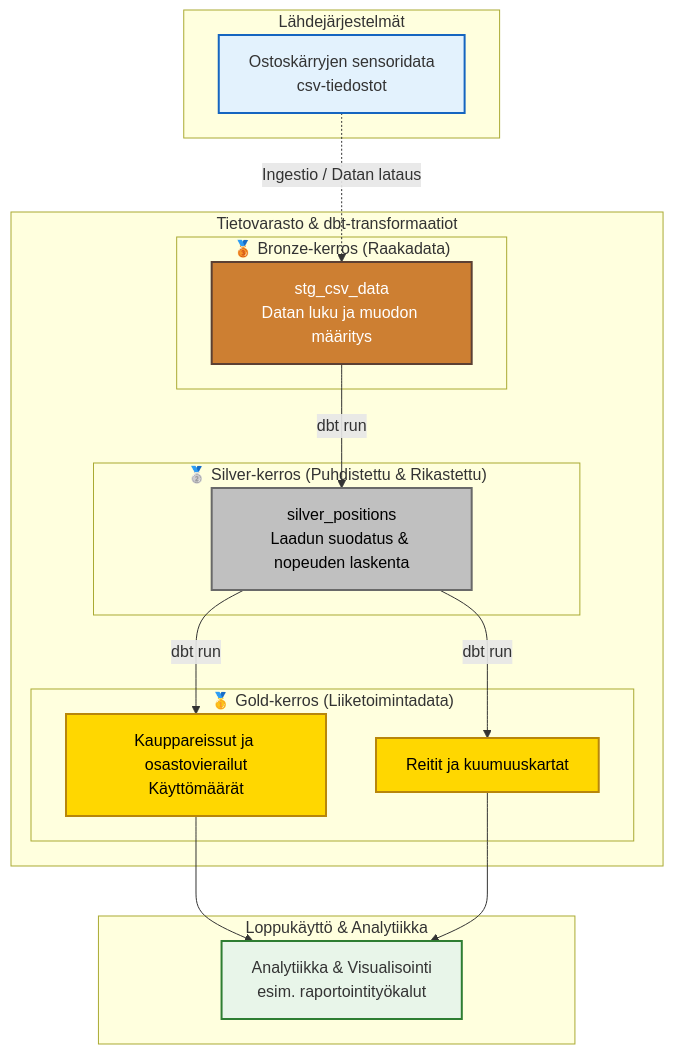
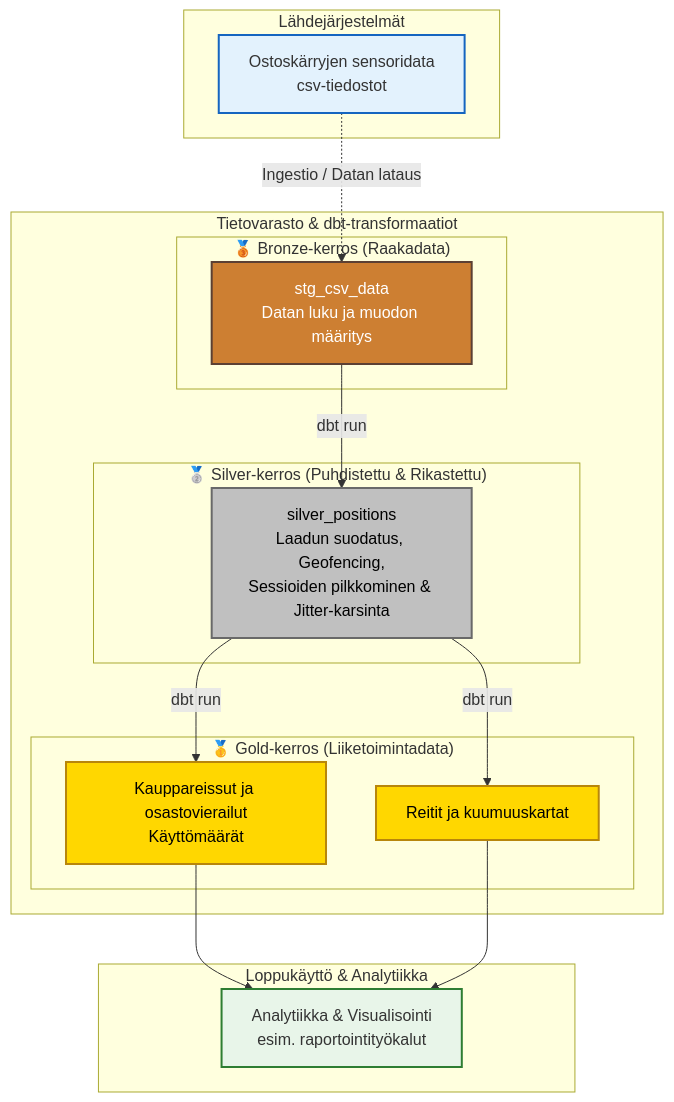
The diagram in docs/arkkitehtuuri_kaavio.md (mitro54/uwb-shopping-cart-analytics-pipeline), drawn with Mermaid before and after one commit. The commit also changed other lines of this file and 5 other files, not shown here.

````diff
--- a/docs/arkkitehtuuri_kaavio.md
+++ b/docs/arkkitehtuuri_kaavio.md
@@ -5,46 +5,46 @@
 ```mermaid
 graph TD
     classDef source fill:#e3f2fd,stroke:#1565c0,stroke-width:2px;
     classDef bronze fill:#cd7f32,stroke:#5c4033,stroke-width:2px,color:#fff;
     classDef silver fill:#c0c0c0,stroke:#696969,stroke-width:2px,color:#000;
     classDef gold fill:#ffd700,stroke:#b8860b,stroke-width:2px,color:#000;
     classDef bi fill:#e8f5e9,stroke:#2e7d32,stroke-width:2px;
 
     %% Lähdejärjestelmät
     subgraph Data_Sources["Lähdejärjestelmät"]
         CSV[Ostoskärryjen sensoridata<br>csv-tiedostot]:::source
     end
 
     %% Data Warehouse / dbt prosessointi
     subgraph DWH["Tietovarasto & dbt-transformaatiot"]
         
         %% Bronze
         subgraph Bronze["🥉 Bronze-kerros (Raakadata)"]
             stg[stg_csv_data<br>Datan luku ja muodon määritys]:::bronze
         end
         
         %% Silver
         subgraph Silver["🥈 Silver-kerros (Puhdistettu & Rikastettu)"]
-            silv[silver_positions<br>Laadun suodatus & nopeuden laskenta]:::silver
+            silv[silver_positions<br>Laadun suodatus, Geofencing,<br>Sessioiden pilkkominen & Jitter-karsinta]:::silver
         end
         
         %% Gold
         subgraph Gold["🥇 Gold-kerros (Liiketoimintadata)"]
             gold_visits[Kauppareissut ja osastovierailut<br>Käyttömäärät]:::gold
             gold_routes[Reitit ja kuumuuskartat]:::gold
         end
 
         stg -->|dbt run| silv
         silv -->|dbt run| gold_visits
         silv -->|dbt run| gold_routes
     end
 
     %% Raportointi ja Analyysi
     subgraph Analytics["Loppukäyttö & Analytiikka"]
         BI[Analytiikka & Visualisointi<br>esim. raportointityökalut]:::bi
     end
 
     CSV -.->|Ingestio / Datan lataus| stg
     gold_visits --> BI
     gold_routes --> BI
 ```
````
